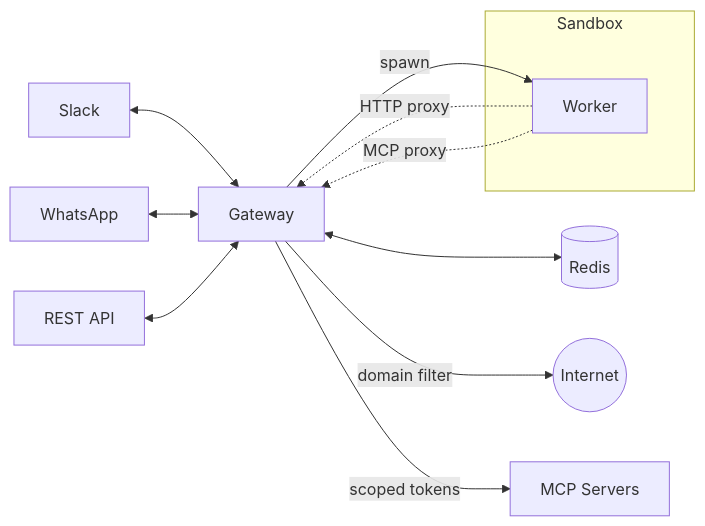
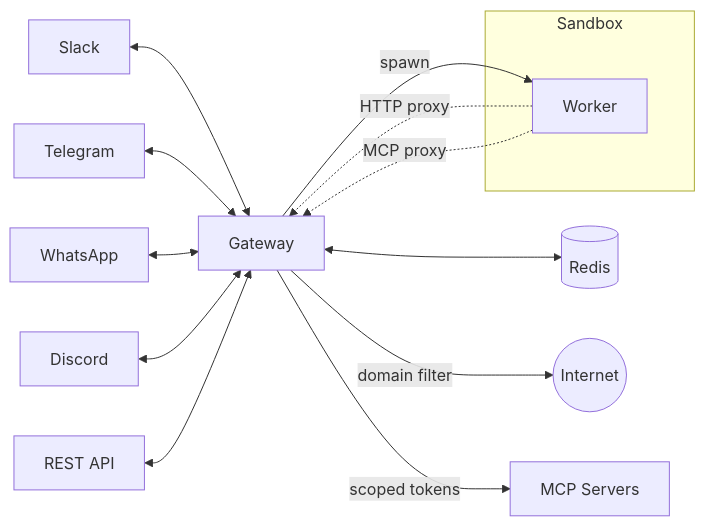
One commit to tokenaissance/lobu changed the diagram in README.md. Above: the diagram before and after it, drawn with Mermaid. The commit also changed other lines of this file and 18 other files, not shown here.

````diff
--- a/README.md
+++ b/README.md
@@ -53,18 +57,20 @@
 ```mermaid
 flowchart LR
   Slack[Slack] <--> GW[Gateway]
+  Telegram[Telegram] <--> GW
   WhatsApp[WhatsApp] <--> GW
+  Discord[Discord] <--> GW
   API[REST API] <--> GW
 
   GW <--> Redis[(Redis)]
   GW -->|spawn| W[Worker]
 
   subgraph Sandbox
     W
   end
 
   W -.->|HTTP proxy| GW
   W -.->|MCP proxy| GW
   GW -->|domain filter| Internet((Internet))
   GW -->|scoped tokens| MCP[MCP Servers]
 ```
````
